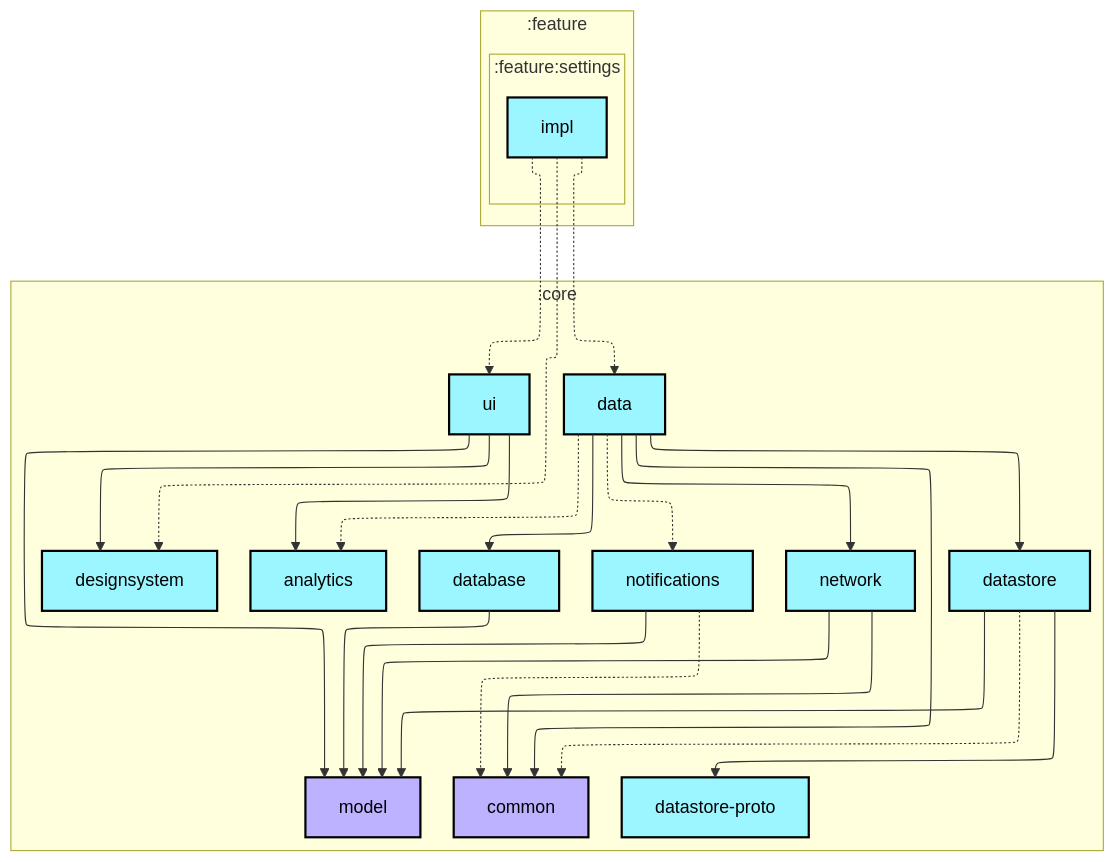
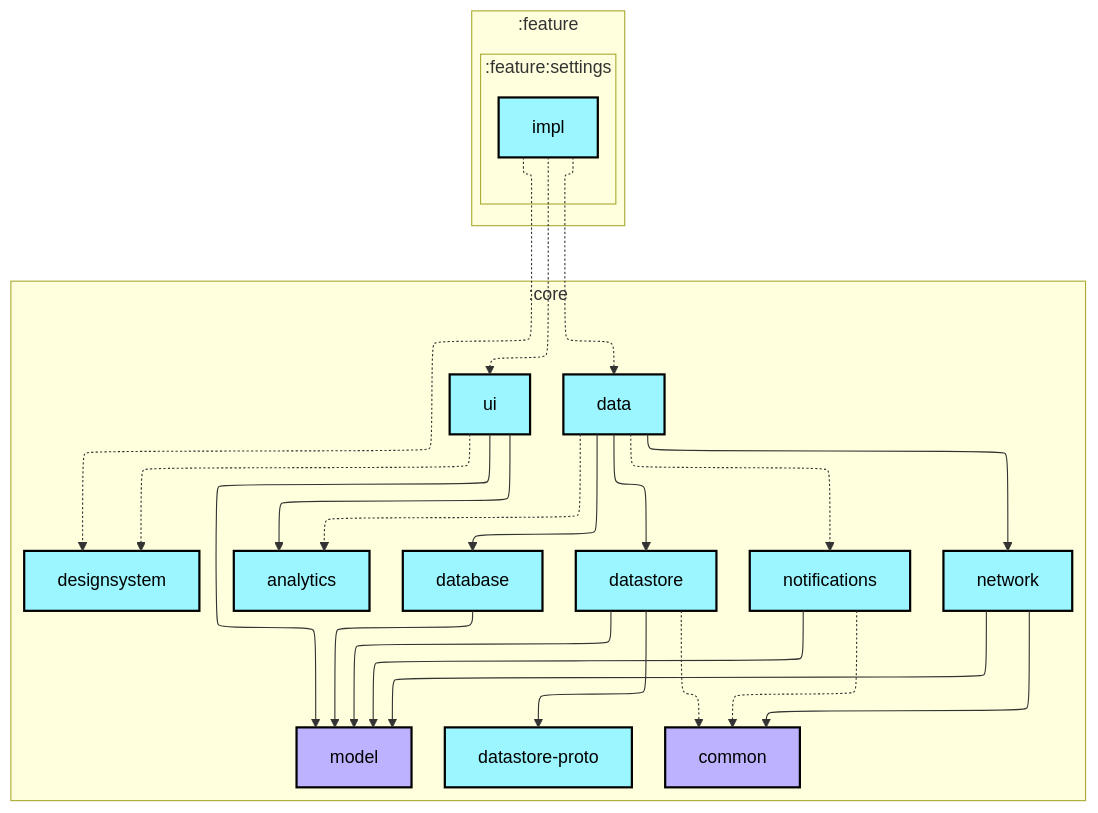
The first of 2 diagrams in feature/settings/impl/README.md (android/nowinandroid), drawn with Mermaid before and after one commit. The commit also changed 14 other files, not shown here.

````diff
--- a/feature/settings/impl/README.md
+++ b/feature/settings/impl/README.md
@@ -6,58 +6,57 @@
 ```mermaid
 ---
 config:
   layout: elk
   elk:
     nodePlacementStrategy: SIMPLE
 ---
 graph TB
   subgraph :feature
     direction TB
     subgraph :feature:settings
       direction TB
       :feature:settings:impl[impl]:::android-library
     end
   end
   subgraph :core
     direction TB
     :core:analytics[analytics]:::android-library
     :core:common[common]:::jvm-library
     :core:data[data]:::android-library
     :core:database[database]:::android-library
     :core:datastore[datastore]:::android-library
     :core:datastore-proto[datastore-proto]:::android-library
     :core:designsystem[designsystem]:::android-library
     :core:model[model]:::jvm-library
     :core:network[network]:::android-library
     :core:notifications[notifications]:::android-library
     :core:ui[ui]:::android-library
   end
 
   :core:data -.-> :core:analytics
-  :core:data --> :core:common
   :core:data --> :core:database
   :core:data --> :core:datastore
   :core:data --> :core:network
   :core:data -.-> :core:notifications
   :core:database --> :core:model
   :core:datastore -.-> :core:common
   :core:datastore --> :core:datastore-proto
   :core:datastore --> :core:model
   :core:network --> :core:common
   :core:network --> :core:model
   :core:notifications -.-> :core:common
   :core:notifications --> :core:model
   :core:ui --> :core:analytics
-  :core:ui --> :core:designsystem
+  :core:ui -.-> :core:designsystem
   :core:ui --> :core:model
   :feature:settings:impl -.-> :core:data
   :feature:settings:impl -.-> :core:designsystem
   :feature:settings:impl -.-> :core:ui
 
 classDef android-application fill:#CAFFBF,stroke:#000,stroke-width:2px,color:#000;
 classDef android-feature fill:#FFD6A5,stroke:#000,stroke-width:2px,color:#000;
 classDef android-library fill:#9BF6FF,stroke:#000,stroke-width:2px,color:#000;
 classDef android-test fill:#A0C4FF,stroke:#000,stroke-width:2px,color:#000;
 classDef jvm-library fill:#BDB2FF,stroke:#000,stroke-width:2px,color:#000;
 classDef unknown fill:#FFADAD,stroke:#000,stroke-width:2px,color:#000;
 ```
````
